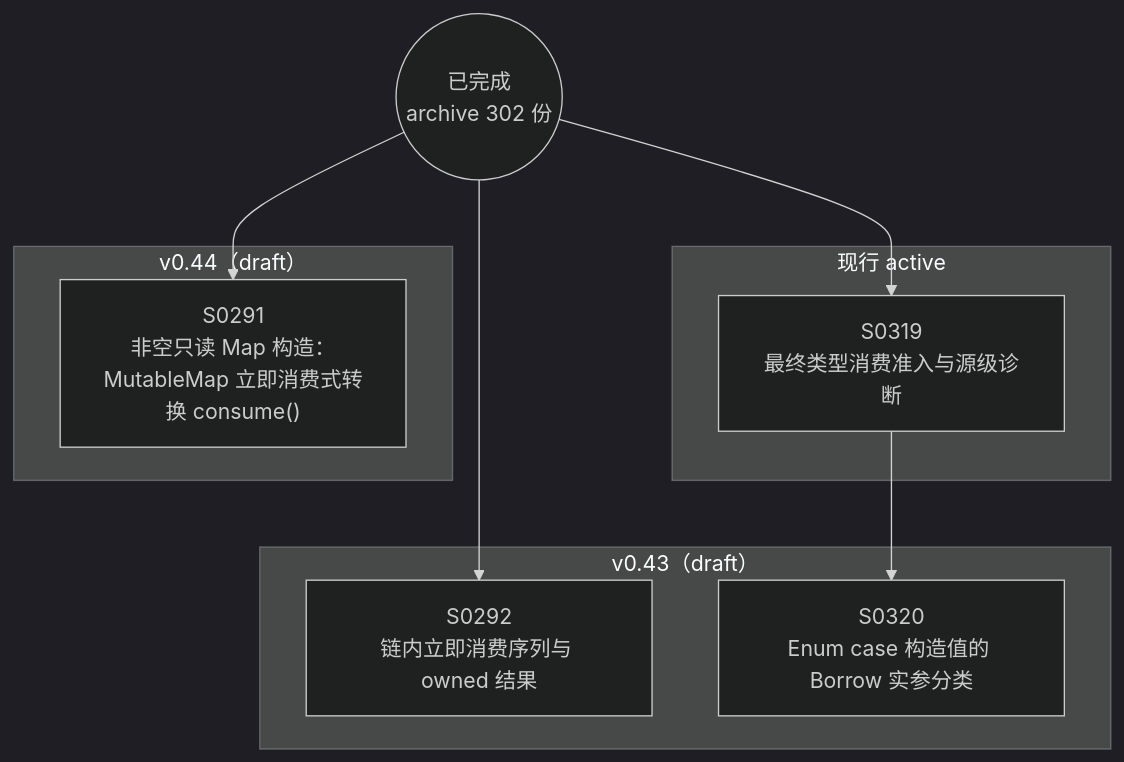
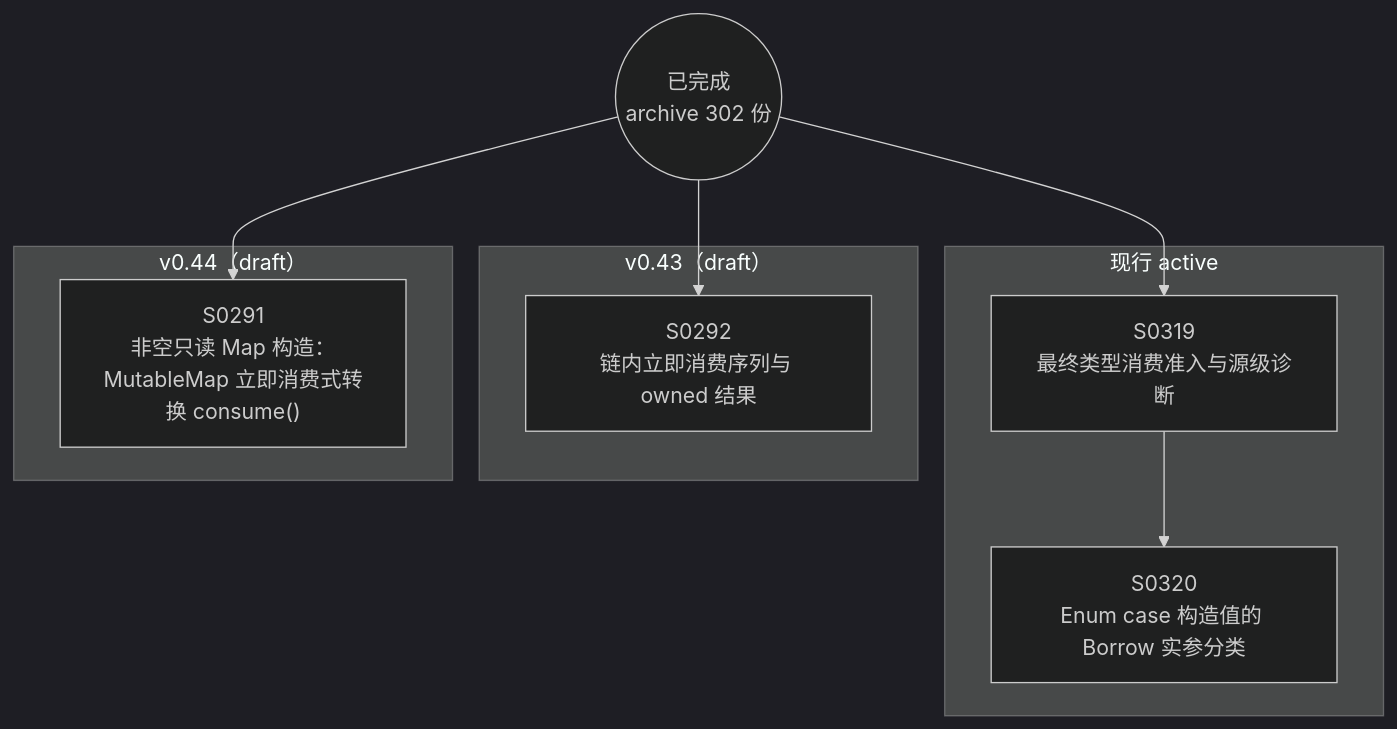
One commit to Halckon/Koven changed the diagram in docs/specs/dependency-graph.md. Above: the diagram before and after it, drawn with Mermaid (dark theme). The commit also changed other lines of this file and 9 other files, not shown here.

Commit message:
docs(spec-0320): activate reviewed enum borrow contract

````diff
--- a/docs/specs/dependency-graph.md
+++ b/docs/specs/dependency-graph.md
@@ -9,18 +9,18 @@
 ```mermaid
 flowchart TD
 ARCH(("已完成<br/>archive 302 份"))
 subgraph Gactive["现行 active"]
   S0319["S0319<br/>最终类型消费准入与源级诊断"]
+  S0320["S0320<br/>Enum case 构造值的 Borrow 实参分类"]
 end
 subgraph Gdrafts_v043["v0.43（draft）"]
   S0292["S0292<br/>链内立即消费序列与 owned 结果"]
-  S0320["S0320<br/>Enum case 构造值的 Borrow 实参分类"]
 end
 subgraph Gdrafts_v044["v0.44（draft）"]
   S0291["S0291<br/>非空只读 Map 构造：MutableMap 立即消费式转换 consume()"]
 end
 S0319 --> S0320
 ARCH --> S0291
 ARCH --> S0292
 ARCH --> S0319
 ```
````
